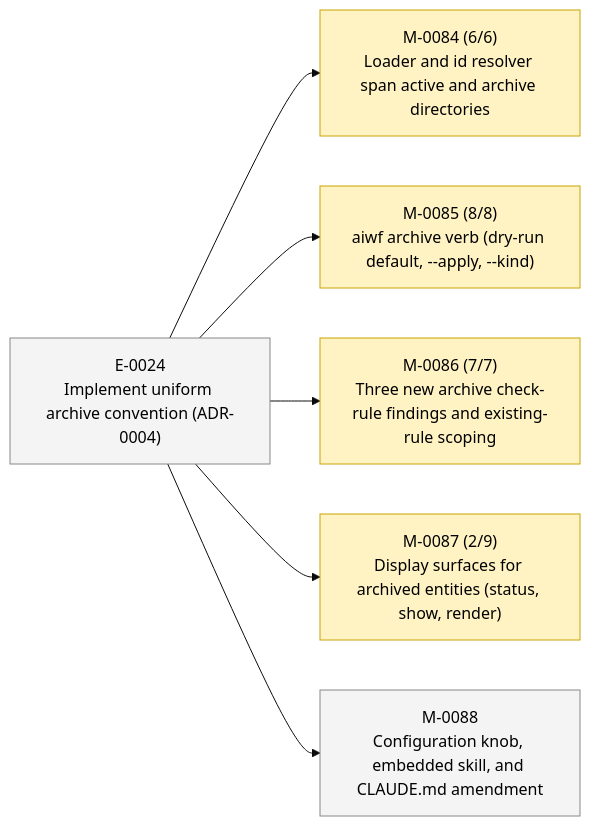
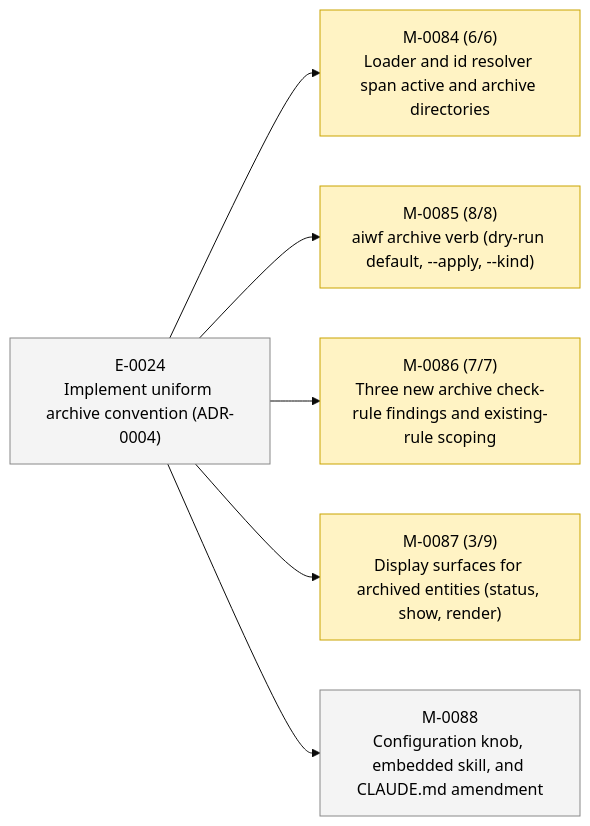
The second of 2 diagrams in STATUS.md (23min/aiwf), drawn with Mermaid (base theme) before and after one commit. The commit also changed other lines of this file and 1 other file, not shown here.

````diff
--- a/STATUS.md
+++ b/STATUS.md
@@ -49,20 +49,20 @@
 ```mermaid
 flowchart LR
   E_0024["E-0024<br/>Implement uniform archive convention (ADR-0004)"]:::epic_proposed
   M_0084["M-0084 (6/6)<br/>Loader and id resolver span active and archive directories"]:::ms_in_progress
   E_0024 --> M_0084
   M_0085["M-0085 (8/8)<br/>aiwf archive verb (dry-run default, --apply, --kind)"]:::ms_in_progress
   E_0024 --> M_0085
   M_0086["M-0086 (7/7)<br/>Three new archive check-rule findings and existing-rule scoping"]:::ms_in_progress
   E_0024 --> M_0086
-  M_0087["M-0087 (2/9)<br/>Display surfaces for archived entities (status, show, render)"]:::ms_in_progress
+  M_0087["M-0087 (3/9)<br/>Display surfaces for archived entities (status, show, render)"]:::ms_in_progress
   E_0024 --> M_0087
   M_0088["M-0088<br/>Configuration knob, embedded skill, and CLAUDE.md amendment"]:::ms_draft
   E_0024 --> M_0088
   classDef epic_active fill:#d6eaff,stroke:#1a73e8,color:#000
   classDef epic_proposed fill:#f4f4f4,stroke:#888,color:#000
   classDef ms_done fill:#d8f5d8,stroke:#2a8a2a,color:#000
   classDef ms_in_progress fill:#fff3c4,stroke:#caa400,color:#000
   classDef ms_draft fill:#f4f4f4,stroke:#888,color:#000
   classDef ms_cancelled fill:#fbeaea,stroke:#c33,color:#000
 ```
````
